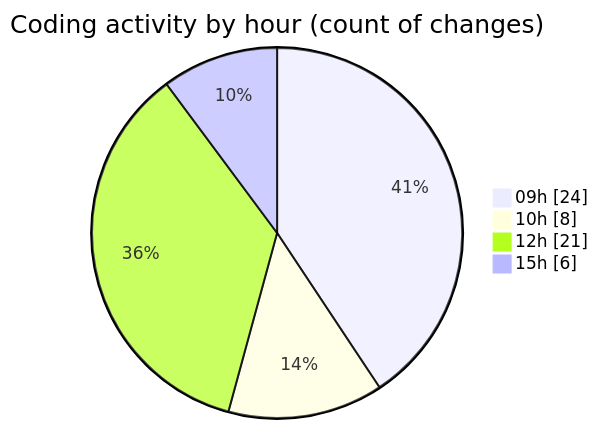
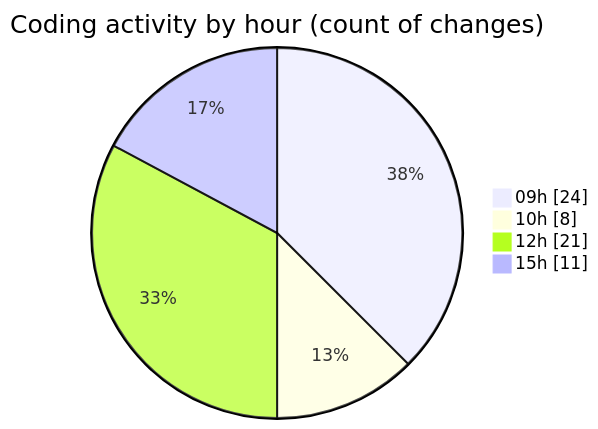
The second of 2 diagrams in 2025-08-18/rentotp/README.md (lephambinh05/code-tracking), drawn with Mermaid before and after one commit. The commit also changed other lines of this file and 1 other file, not shown here.

````diff
--- a/2025-08-18/rentotp/README.md
+++ b/2025-08-18/rentotp/README.md
@@ -49,8 +54,8 @@
 ```mermaid
 pie showData
 title Coding activity by hour (count of changes)
 "09h" : 24
 "10h" : 8
 "12h" : 21
-"15h" : 6
+"15h" : 11
 ```
````
